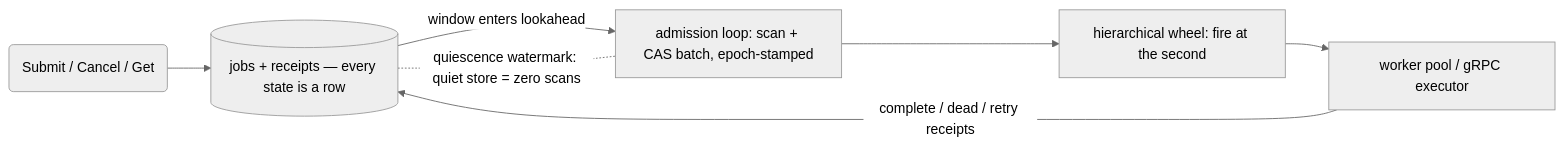
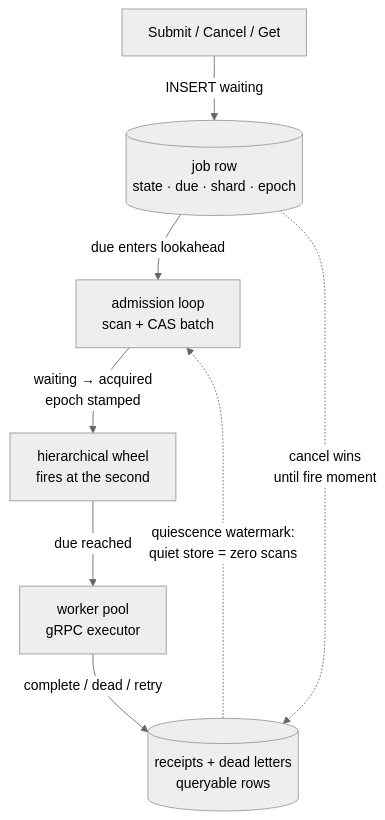
Before and after one commit to EdwardShen125/hourglass: the first of 3 diagrams in README.md, drawn with Mermaid (neutral theme). The commit also changed other lines of this file, not shown here.

First line of the commit message:
docs: design diagrams — three focused figures replace one cramped chart + text states

````diff
--- a/README.md
+++ b/README.md
@@ -30,9 +30,10 @@
 ```mermaid
-flowchart LR
-    S("Submit / Cancel / Get") --> DB[("jobs + receipts — every state is a row")]
-    DB -- "window enters lookahead" --> AL["admission loop: scan + CAS batch, epoch-stamped"]
-    AL --> TW["hierarchical wheel: fire at the second"]
-    TW --> WP["worker pool / gRPC executor"]
-    WP -- "complete / dead / retry receipts" --> DB
-    DB -. "quiescence watermark: quiet store = zero scans" .- AL
+flowchart TD
+    S["Submit / Cancel / Get"] -->|"INSERT waiting"| R[("job row<br/>state · due · shard · epoch")]
+    R -->|"due enters lookahead"| AL["admission loop<br/>scan + CAS batch"]
+    AL -->|"waiting → acquired<br/>epoch stamped"| W["hierarchical wheel<br/>fires at the second"]
+    W -->|"due reached"| WP["worker pool<br/>gRPC executor"]
+    WP -->|"complete / dead / retry"| RT[("receipts + dead letters<br/>queryable rows")]
+    R -.->|"cancel wins<br/>until fire moment"| RT
+    RT -.->|"quiescence watermark:<br/>quiet store = zero scans"| AL
 ```
````
